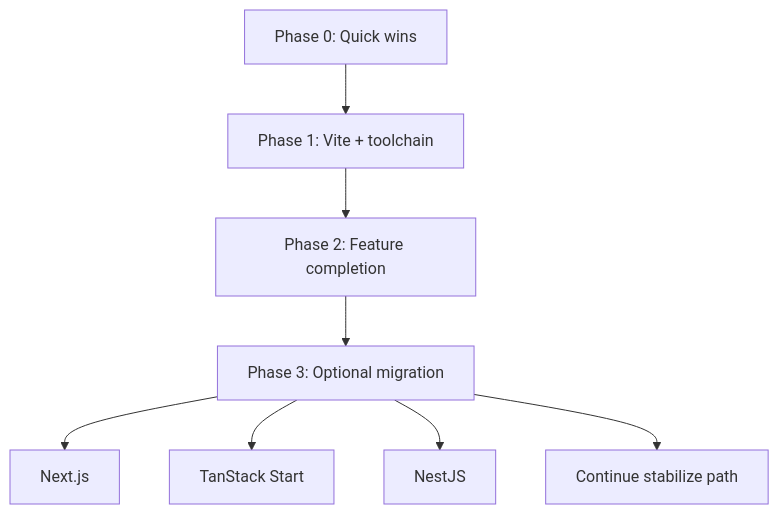
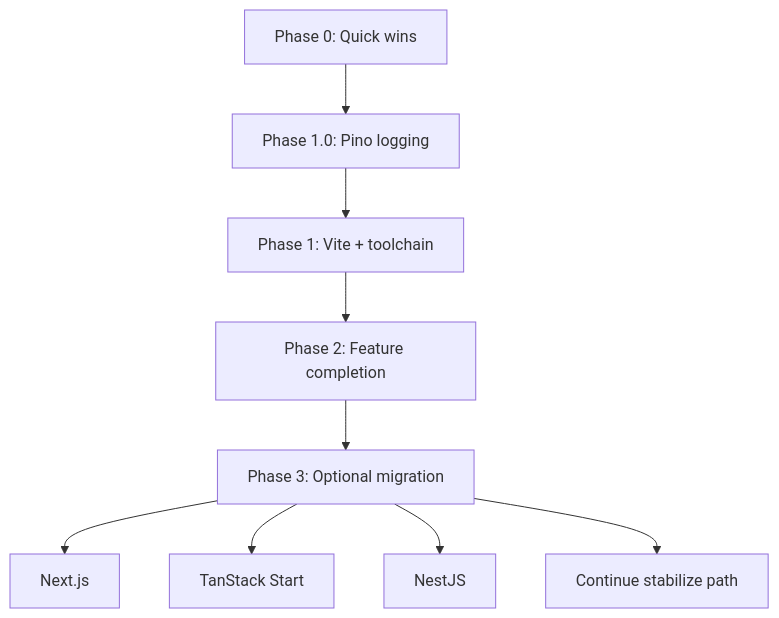
One commit to GuRuGuMaWaRu/Freelancer-v2 changed the diagram in docs/REVIVAL-PLAN.md. Above: the diagram before and after it, drawn with Mermaid. The commit also changed other lines of this file, not shown here.

````diff
--- a/docs/REVIVAL-PLAN.md
+++ b/docs/REVIVAL-PLAN.md
@@ -126,14 +126,15 @@
 ```mermaid
 flowchart TD
     P0["Phase 0: Quick wins"]
+    P1L["Phase 1.0: Pino logging"]
     P1["Phase 1: Vite + toolchain"]
     P2["Phase 2: Feature completion"]
     P3["Phase 3: Optional migration"]
 
-    P0 --> P1 --> P2 --> P3
+    P0 --> P1L --> P1 --> P2 --> P3
 
     P3 --> B[Next.js]
     P3 --> C[TanStack Start]
     P3 --> D[NestJS]
     P3 --> A2[Continue stabilize path]
 ```
````
